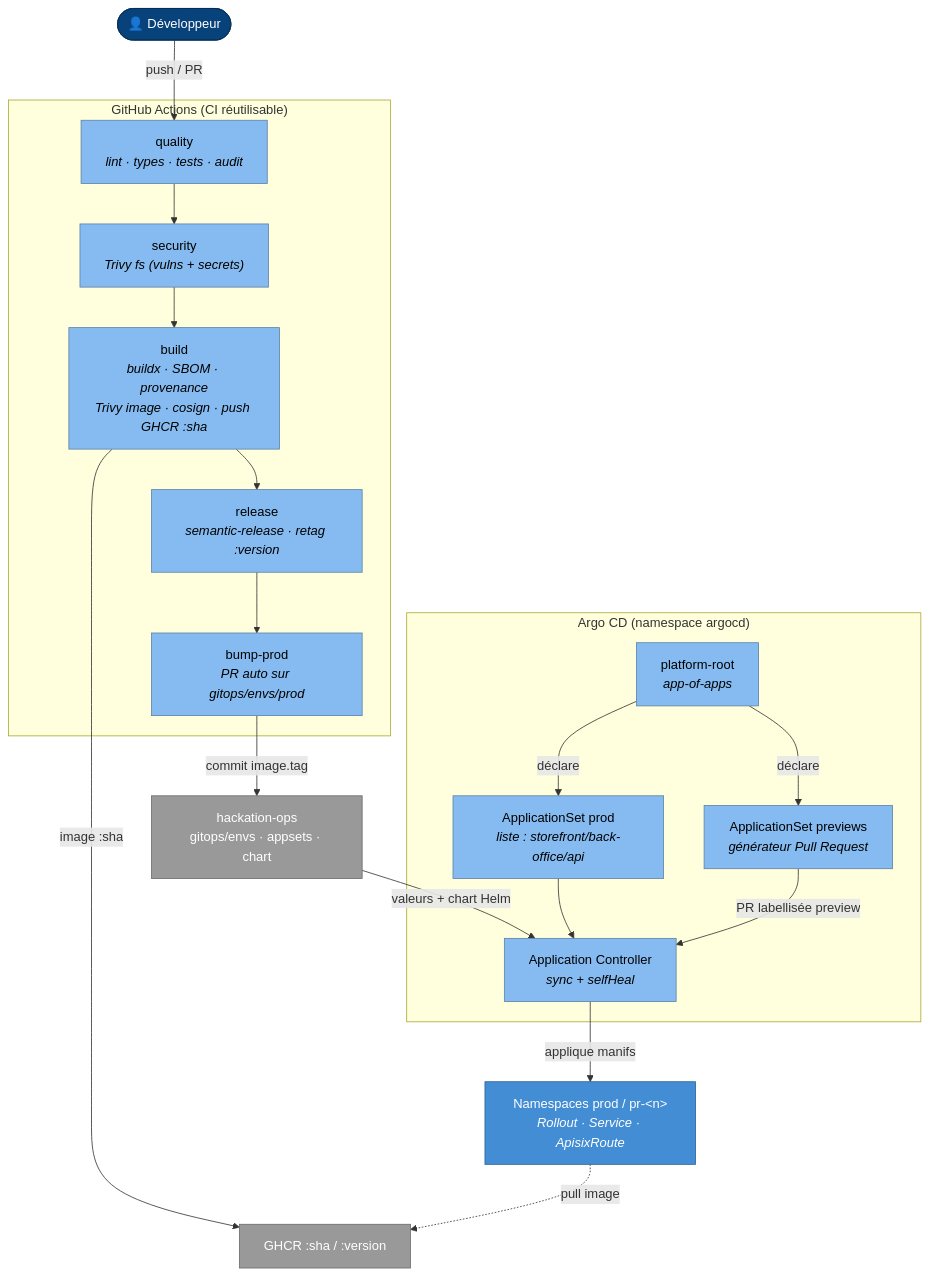
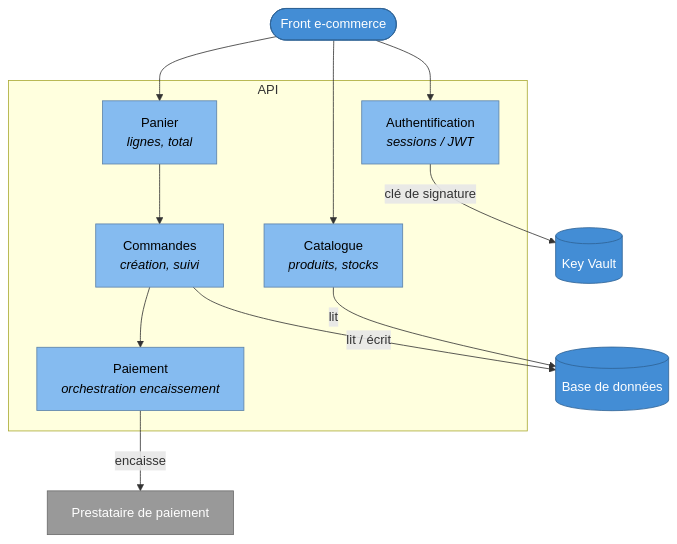
The third of 3 diagrams in docs/explanation/c4.md (Hackaton-ESGI-x-Michelin/devhub), drawn with Mermaid before and after one commit. The commit also changed other lines of this file and 13 other files, not shown here.

Commit message:
docs(c4): recentre le C4 sur le métier (e-commerce + API), corrige le DSL Structurizr

````diff
--- a/docs/explanation/c4.md
+++ b/docs/explanation/c4.md
@@ -142,41 +107,30 @@
 ```mermaid
 flowchart TB
-  dev(["👤 Développeur"]):::person
+  front(["Front e-commerce"]):::container
 
-  subgraph ci["GitHub Actions (CI réutilisable)"]
-    quality["quality<br/><i>lint · types · tests · audit</i>"]:::comp
-    security["security<br/><i>Trivy fs (vulns + secrets)</i>"]:::comp
-    build["build<br/><i>buildx · SBOM · provenance<br/>Trivy image · cosign · push GHCR :sha</i>"]:::comp
-    release["release<br/><i>semantic-release · retag :version</i>"]:::comp
-    bump["bump-prod<br/><i>PR auto sur gitops/envs/prod</i>"]:::comp
+  subgraph api["API"]
+    auth["Authentification<br/><i>sessions / JWT</i>"]:::comp
+    catalog["Catalogue<br/><i>produits, stocks</i>"]:::comp
+    cart["Panier<br/><i>lignes, total</i>"]:::comp
+    orders["Commandes<br/><i>création, suivi</i>"]:::comp
+    pay["Paiement<br/><i>orchestration encaissement</i>"]:::comp
   end
 
-  subgraph argocd["Argo CD (namespace argocd)"]
-    root["platform-root<br/><i>app-of-apps</i>"]:::comp
-    appsetProd["ApplicationSet prod<br/><i>liste : storefront/back-office/api</i>"]:::comp
-    appsetPrev["ApplicationSet previews<br/><i>générateur Pull Request</i>"]:::comp
-    appController["Application Controller<br/><i>sync + selfHeal</i>"]:::comp
-  end
+  db[("Base de données")]:::container
+  vault[("Key Vault")]:::container
+  payment["Prestataire de paiement"]:::ext
 
-  ghcr["GHCR :sha / :version"]:::ext
-  gitops["hackation-ops<br/>gitops/envs · appsets · chart"]:::ext
-  cluster["Namespaces prod / pr-&lt;n&gt;<br/><i>Rollout · Service · ApisixRoute</i>"]:::container
+  front --> auth
+  front --> catalog
+  front --> cart
+  cart --> orders
+  orders --> pay
+  auth -->|"clé de signature"| vault
+  catalog -->|"lit"| db
+  orders -->|"lit / écrit"| db
+  pay -->|"encaisse"| payment
 
-  dev -->|push / PR| quality
-  quality --> security --> build --> release --> bump
-  build -->|"image :sha"| ghcr
-  bump -->|"commit image.tag"| gitops
-
-  root -->|"déclare"| appsetProd
-  root -->|"déclare"| appsetPrev
-  gitops -->|"valeurs + chart Helm"| appController
-  appsetProd --> appController
-  appsetPrev -->|"PR labellisée preview"| appController
-  appController -->|"applique manifs"| cluster
-  cluster -. "pull image" .-> ghcr
-
-  classDef person fill:#08427b,stroke:#052e56,color:#fff;
+  classDef container fill:#438dd5,stroke:#2e6295,color:#fff;
   classDef comp fill:#85bbf0,stroke:#5d82a8,color:#000;
-  classDef container fill:#438dd5,stroke:#2e6295,color:#fff;
   classDef ext fill:#999999,stroke:#6b6b6b,color:#fff;
 ```
````
